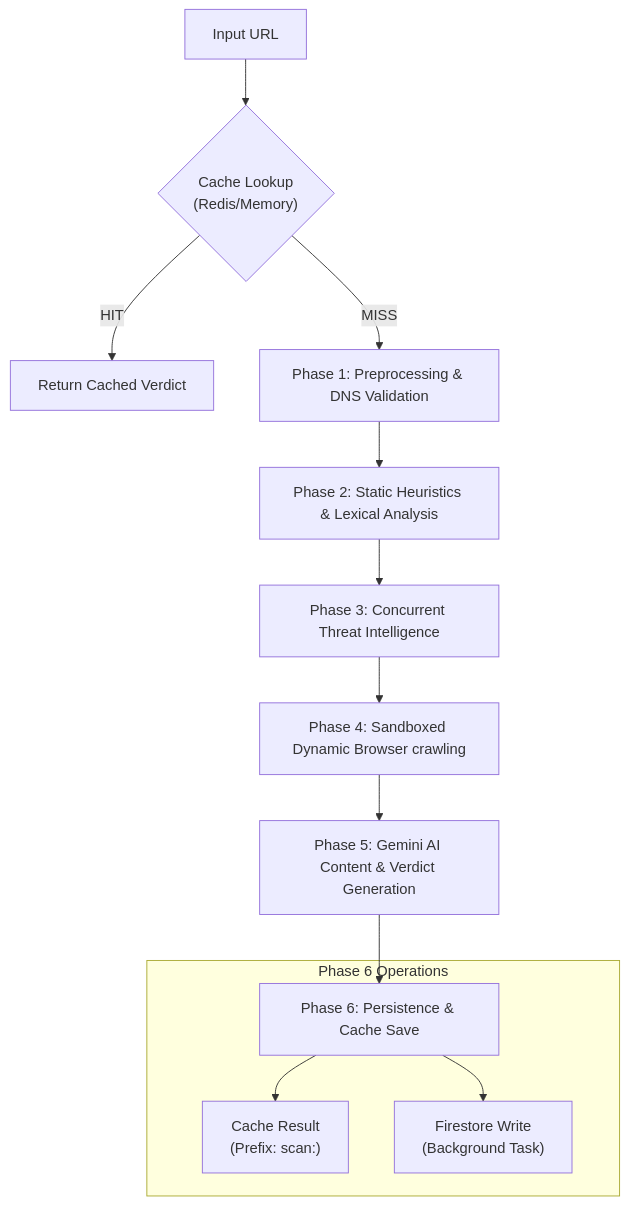
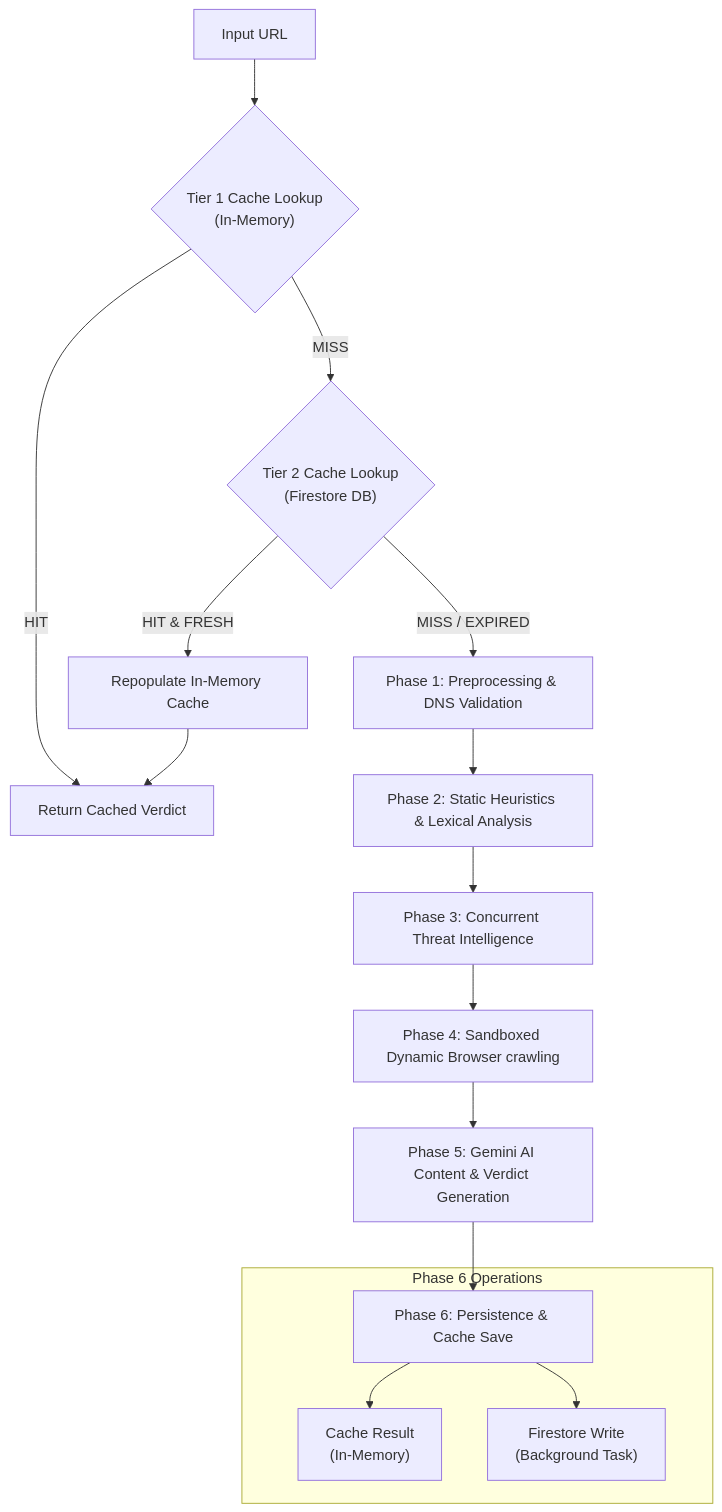
The first of 8 diagrams in README.md (lequanganhtuan/AI_agent), drawn with Mermaid before and after one commit. The commit also changed other lines of this file, not shown here.

Commit message:
docs: align README pipeline flowcharts and execution sequence with 2-tier caching

````diff
--- a/README.md
+++ b/README.md
@@ -79,18 +79,21 @@
 ```mermaid
 flowchart TD
-    A["Input URL"] --> B_Cache{"Cache Lookup<br>(Redis/Memory)"}
+    A["Input URL"] --> B_Cache{"Tier 1 Cache Lookup<br>(In-Memory)"}
     B_Cache -- HIT --> ReturnCached["Return Cached Verdict"]
     
-    B_Cache -- MISS --> P1["Phase 1: Preprocessing & DNS Validation"]
+    B_Cache -- MISS --> B_DB{"Tier 2 Cache Lookup<br>(Firestore DB)"}
+    B_DB -- "HIT & FRESH" --> Repopulate["Repopulate In-Memory Cache"] --> ReturnCached
+    
+    B_DB -- "MISS / EXPIRED" --> P1["Phase 1: Preprocessing & DNS Validation"]
     P1 --> P2["Phase 2: Static Heuristics & Lexical Analysis"]
     P2 --> P3["Phase 3: Concurrent Threat Intelligence"]
     P3 --> P4["Phase 4: Sandboxed Dynamic Browser crawling"]
     P4 --> P5["Phase 5: Gemini AI Content & Verdict Generation"]
     
     P5 --> P6["Phase 6: Persistence & Cache Save"]
     subgraph P6_Actions[Phase 6 Operations]
-        P6 --> SaveCache["Cache Result<br>(Prefix: scan:)"]
+        P6 --> SaveCache["Cache Result<br>(In-Memory)"]
         P6 --> SaveDB["Firestore Write<br>(Background Task)"]
     end
     
 ```
````
